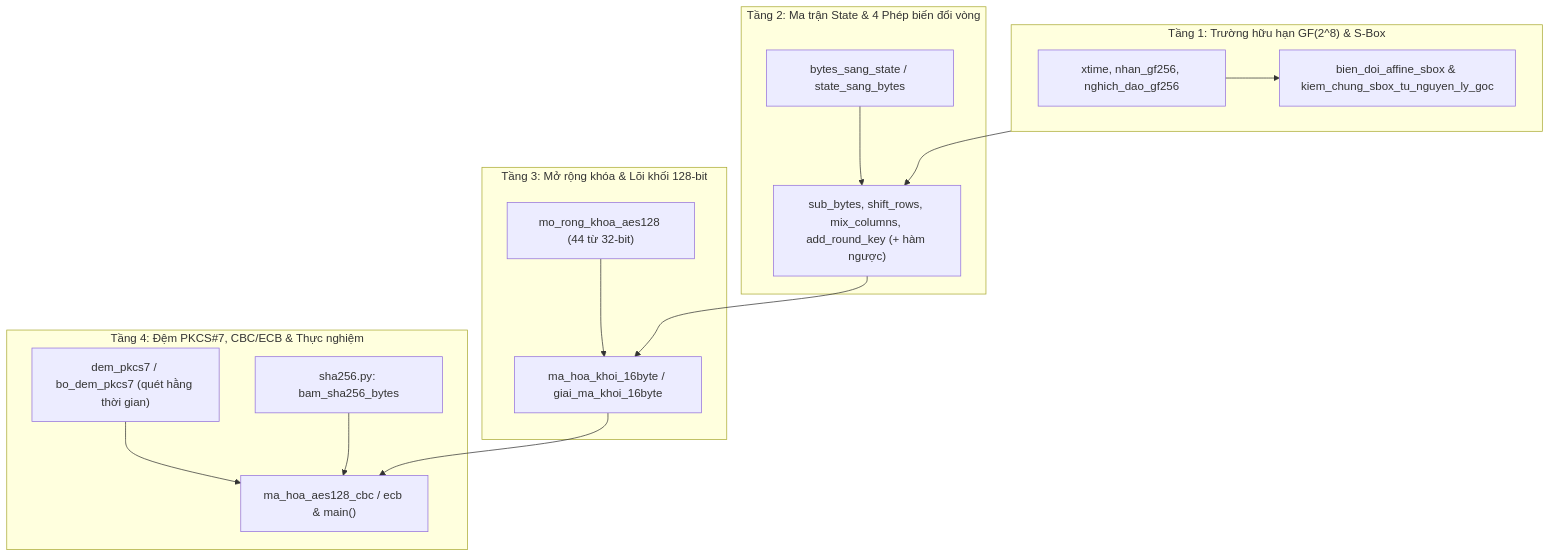
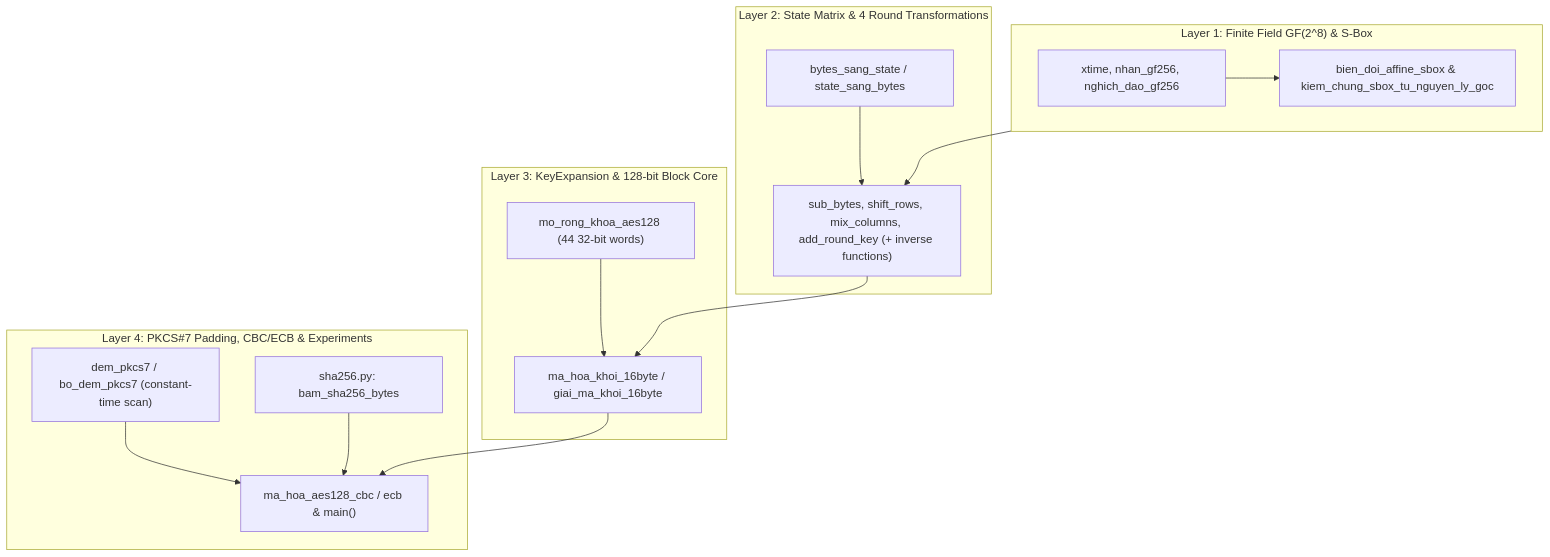
Before and after one commit to thuann2212/IS-TEXT-: the second of 2 diagrams in docs/bao_cao_aes128.md, drawn with Mermaid. The commit also changed other lines of this file and 5 other files, not shown here.

````diff
--- a/docs/bao_cao_aes128.md
+++ b/docs/bao_cao_aes128.md
@@ -272,19 +272,19 @@
 ```mermaid
 flowchart TD
-    subgraph L1["Tầng 1: Trường hữu hạn GF(2^8) & S-Box"]
+    subgraph L1["Layer 1: Finite Field GF(2^8) & S-Box"]
         GF["xtime, nhan_gf256, nghich_dao_gf256"] --> SB["bien_doi_affine_sbox & kiem_chung_sbox_tu_nguyen_ly_goc"]
     end
-    subgraph L2["Tầng 2: Ma trận State & 4 Phép biến đổi vòng"]
-        ST["bytes_sang_state / state_sang_bytes"] --> TR["sub_bytes, shift_rows, mix_columns, add_round_key (+ hàm ngược)"]
+    subgraph L2["Layer 2: State Matrix & 4 Round Transformations"]
+        ST["bytes_sang_state / state_sang_bytes"] --> TR["sub_bytes, shift_rows, mix_columns, add_round_key (+ inverse functions)"]
     end
-    subgraph L3["Tầng 3: Mở rộng khóa & Lõi khối 128-bit"]
-        KE["mo_rong_khoa_aes128 (44 từ 32-bit)"] --> BLK["ma_hoa_khoi_16byte / giai_ma_khoi_16byte"]
+    subgraph L3["Layer 3: KeyExpansion & 128-bit Block Core"]
+        KE["mo_rong_khoa_aes128 (44 32-bit words)"] --> BLK["ma_hoa_khoi_16byte / giai_ma_khoi_16byte"]
     end
-    subgraph L4["Tầng 4: Đệm PKCS#7, CBC/ECB & Thực nghiệm"]
-        PAD["dem_pkcs7 / bo_dem_pkcs7 (quét hằng thời gian)"] --> MODE["ma_hoa_aes128_cbc / ecb & main()"]
+    subgraph L4["Layer 4: PKCS#7 Padding, CBC/ECB & Experiments"]
+        PAD["dem_pkcs7 / bo_dem_pkcs7 (constant-time scan)"] --> MODE["ma_hoa_aes128_cbc / ecb & main()"]
         SHA["sha256.py: bam_sha256_bytes"] --> MODE
     end
     L1 --> TR
     TR --> BLK
     BLK --> MODE
 ```
````
